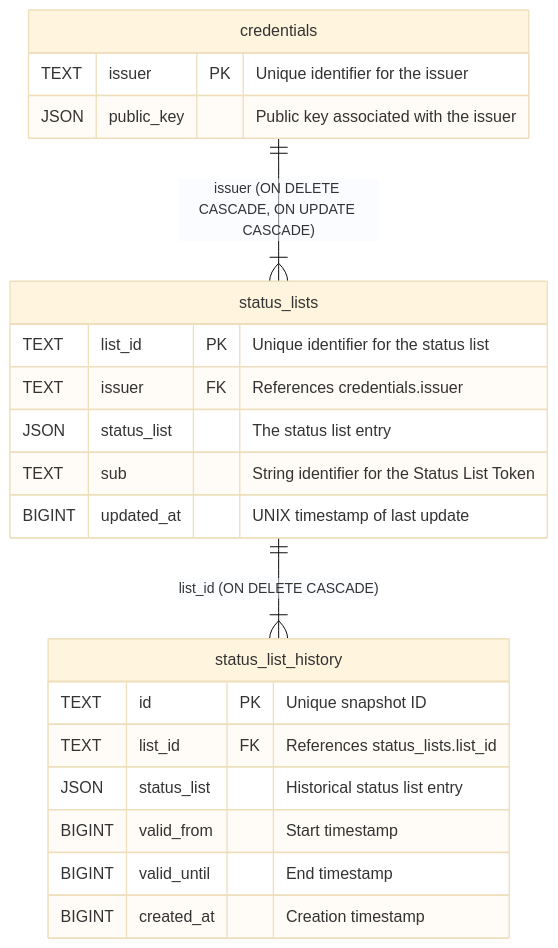
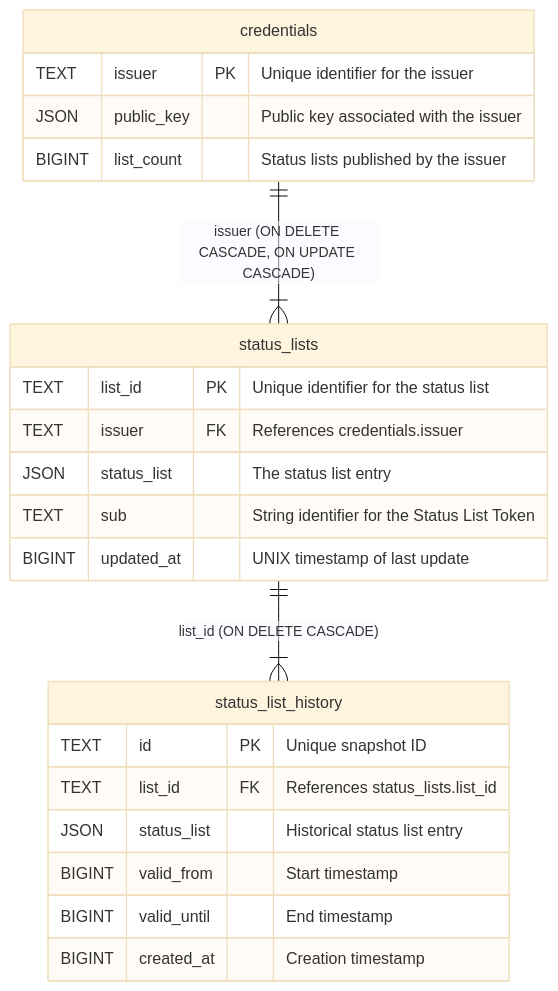
The diagram in src/outbound/sql/README.md (adorsys/status-list-server), drawn with Mermaid (base theme) before and after one commit. The commit also changed other lines of this file and 27 other files, not shown here.

````diff
--- a/src/outbound/sql/README.md
+++ b/src/outbound/sql/README.md
@@ -65,24 +71,25 @@
 ```mermaid
 erDiagram
     credentials {
         TEXT issuer PK "Unique identifier for the issuer"
         JSON public_key "Public key associated with the issuer"
+        BIGINT list_count "Status lists published by the issuer"
     }
     status_lists {
         TEXT list_id PK "Unique identifier for the status list"
         TEXT issuer FK "References credentials.issuer"
         JSON status_list "The status list entry"
         TEXT sub "String identifier for the Status List Token"
         BIGINT updated_at "UNIX timestamp of last update"
     }
     status_list_history {
         TEXT id PK "Unique snapshot ID"
         TEXT list_id FK "References status_lists.list_id"
         JSON status_list "Historical status list entry"
         BIGINT valid_from "Start timestamp"
         BIGINT valid_until "End timestamp"
         BIGINT created_at "Creation timestamp"
     }
     credentials ||--|{ status_lists : "issuer (ON DELETE CASCADE, ON UPDATE CASCADE)"
     status_lists ||--|{ status_list_history : "list_id (ON DELETE CASCADE)"
 ```
````
